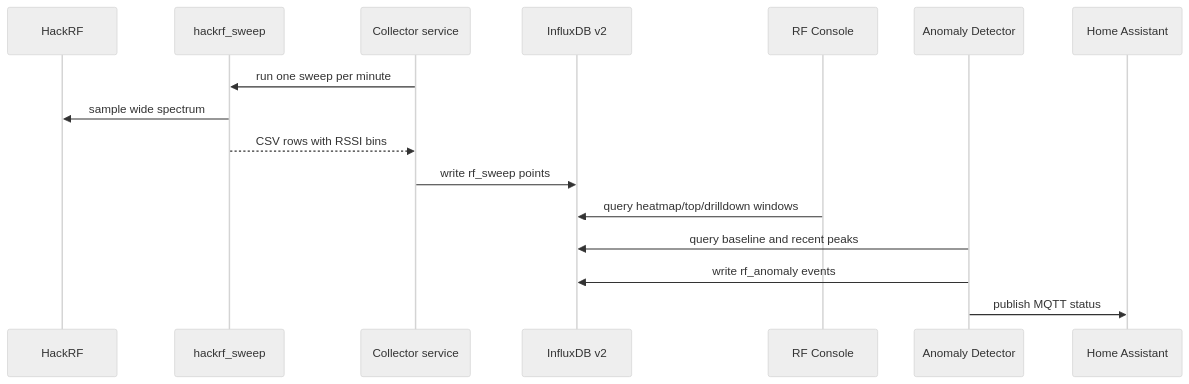
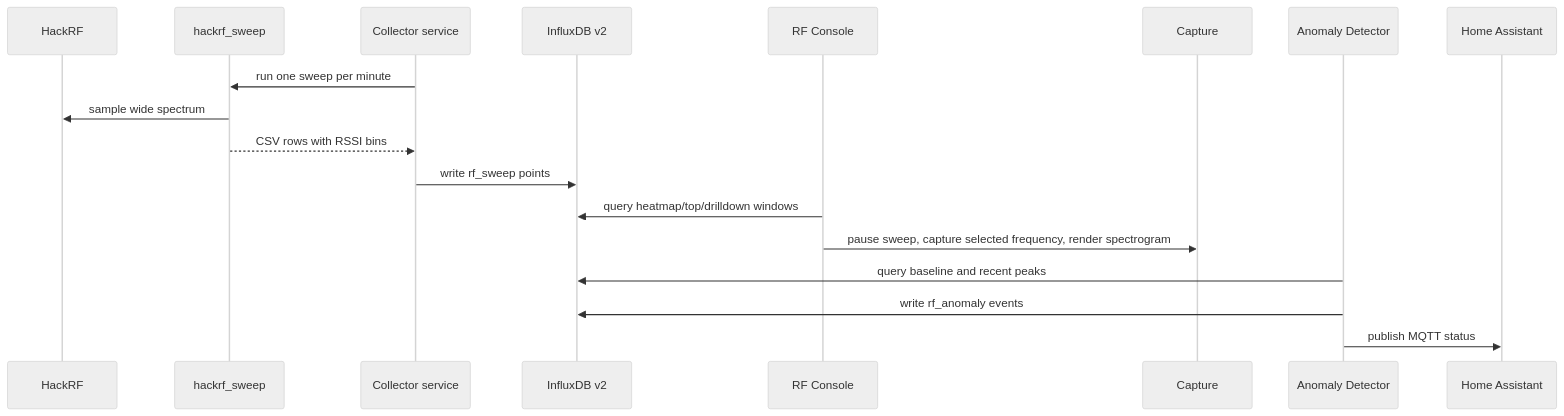
Before and after one commit to cmilkosky/linuxgr-rf-monitor: the second of 2 diagrams in README.md, drawn with Mermaid (neutral theme). The commit also changed other lines of this file and 2 other files, not shown here.

Commit message:
Add on-demand RF signal capture

````diff
--- a/README.md
+++ b/README.md
@@ -33,19 +34,21 @@
 ```mermaid
 sequenceDiagram
     participant SDR as HackRF
     participant Sweep as hackrf_sweep
     participant Collector as Collector service
     participant DB as InfluxDB v2
     participant UI as RF Console
+    participant Cap as Capture
     participant Anom as Anomaly Detector
     participant HA as Home Assistant
 
     Collector->>Sweep: run one sweep per minute
     Sweep->>SDR: sample wide spectrum
     Sweep-->>Collector: CSV rows with RSSI bins
     Collector->>DB: write rf_sweep points
     UI->>DB: query heatmap/top/drilldown windows
+    UI->>Cap: pause sweep, capture selected frequency, render spectrogram
     Anom->>DB: query baseline and recent peaks
     Anom->>DB: write rf_anomaly events
     Anom->>HA: publish MQTT status
 ```
````
